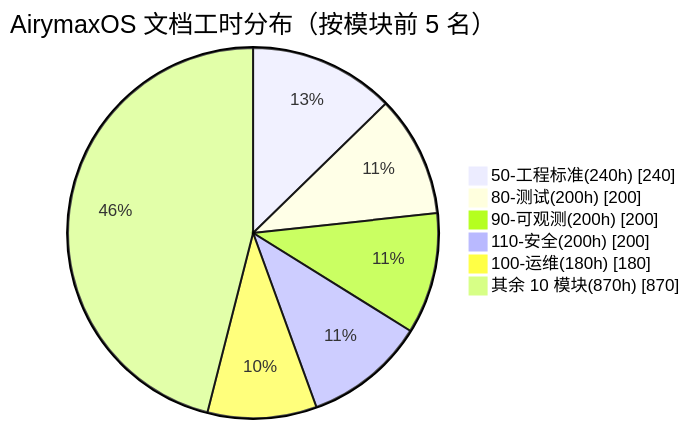
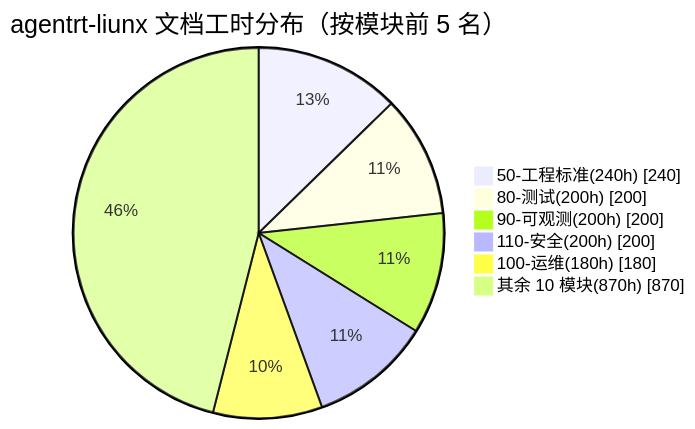
The second of 5 diagrams in AirymaxAgentOS/130-roadmap/03-resource-estimation.md (openairymax/docs), drawn with Mermaid before and after one commit. The commit also changed other lines of this file and 99 other files, not shown here.

````diff
--- a/AirymaxAgentOS/130-roadmap/03-resource-estimation.md
+++ b/AirymaxAgentOS/130-roadmap/03-resource-estimation.md
@@ -136,10 +136,10 @@
 ```mermaid
 pie showData
-    title AirymaxOS 文档工时分布（按模块前 5 名）
+    title agentrt-liunx 文档工时分布（按模块前 5 名）
     "50-工程标准(240h)" : 240
     "80-测试(200h)" : 200
     "90-可观测(200h)" : 200
     "110-安全(200h)" : 200
     "100-运维(180h)" : 180
     "其余 10 模块(870h)" : 870
 ```
````
